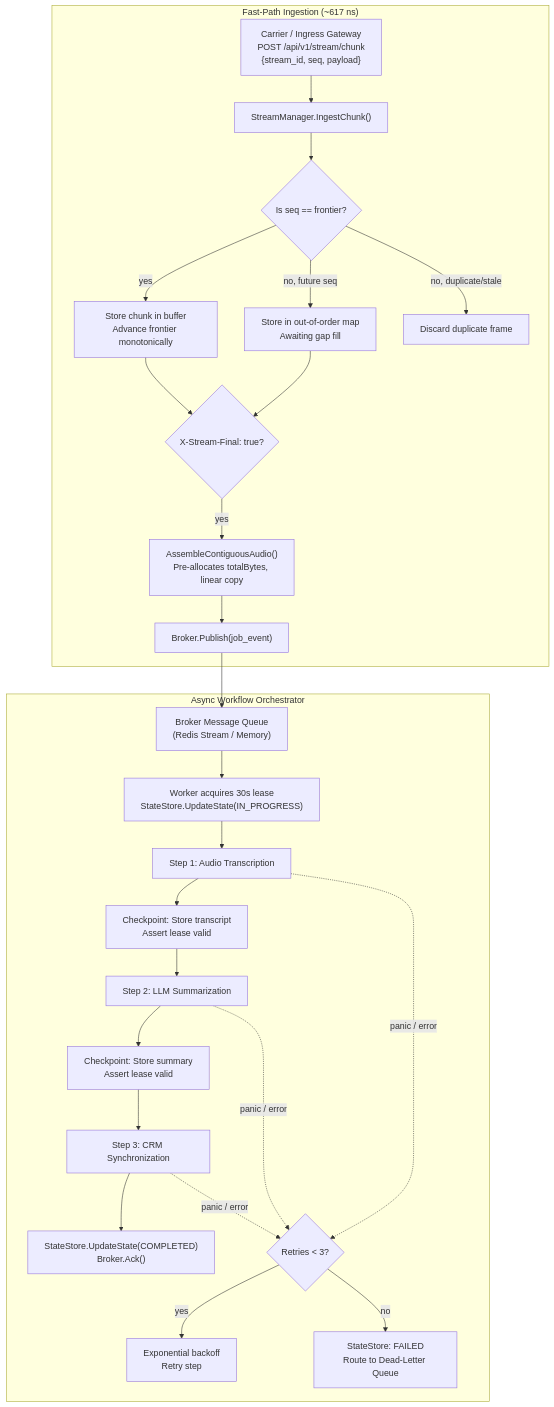
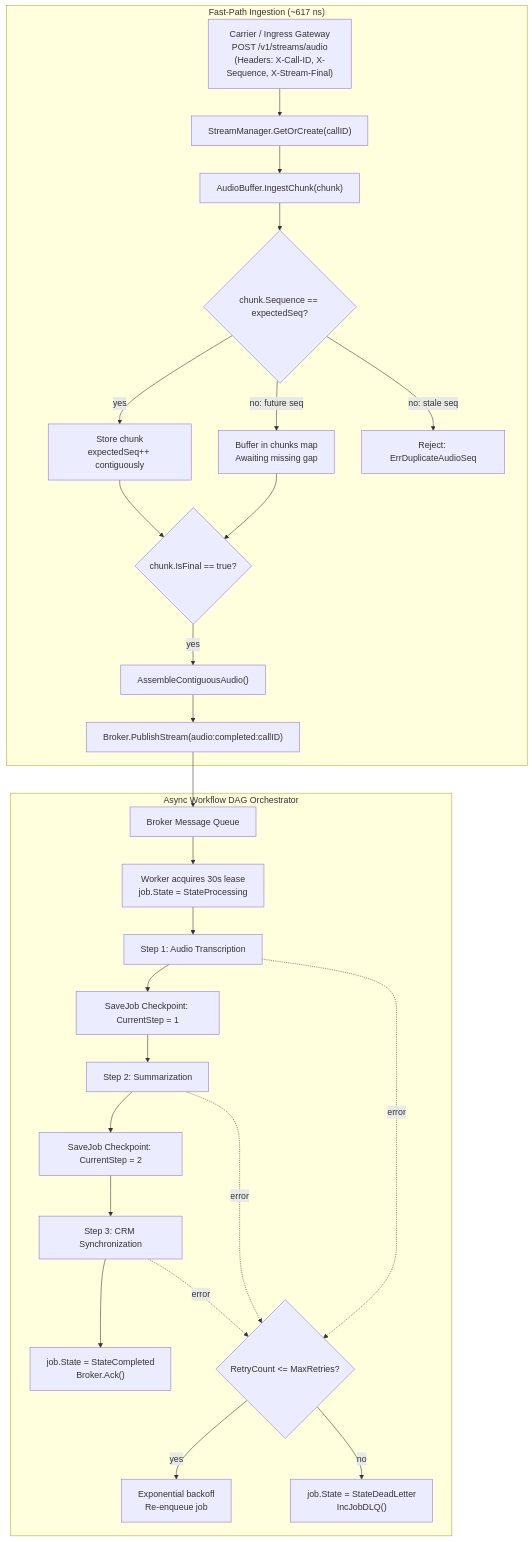
One commit to yoohooshantanu/calldag-orchestrator changed the second of 2 diagrams in README.md. Above: the diagram before and after it, drawn with Mermaid. The commit also changed other lines of this file, not shown here.

````diff
--- a/README.md
+++ b/README.md
@@ -92,31 +80,32 @@
 ```mermaid
 flowchart TD
     subgraph FastPath ["Fast-Path Ingestion (~617 ns)"]
-        A["Carrier / Ingress Gateway\nPOST /api/v1/stream/chunk\n{stream_id, seq, payload}"] --> B["StreamManager.IngestChunk()"]
-        B --> C{"Is seq == frontier?"}
-        C -->|yes| D["Store chunk in buffer\nAdvance frontier monotonically"]
-        C -->|no, future seq| E["Store in out-of-order map\nAwaiting gap fill"]
-        C -->|no, duplicate/stale| F["Discard duplicate frame"]
-        D --> G{"X-Stream-Final: true?"}
-        E --> G
-        G -->|yes| H["AssembleContiguousAudio()\nPre-allocates totalBytes, linear copy"]
-        H --> I["Broker.Publish(job_event)"]
+        A["Carrier / Ingress Gateway\nPOST /v1/streams/audio\n(Headers: X-Call-ID, X-Sequence, X-Stream-Final)"] --> B["StreamManager.GetOrCreate(callID)"]
+        B --> C["AudioBuffer.IngestChunk(chunk)"]
+        C --> D{"chunk.Sequence == expectedSeq?"}
+        D -->|yes| E["Store chunk\nexpectedSeq++ contiguously"]
+        D -->|no: future seq| F["Buffer in chunks map\nAwaiting missing gap"]
+        D -->|no: stale seq| G["Reject: ErrDuplicateAudioSeq"]
+        E --> H{"chunk.IsFinal == true?"}
+        F --> H
+        H -->|yes| I["AssembleContiguousAudio()"]
+        I --> J["Broker.PublishStream(audio:completed:callID)"]
     end
 
-    subgraph AsyncDAG ["Async Workflow Orchestrator"]
-        I --> J["Broker Message Queue\n(Redis Stream / Memory)"]
-        J --> K["Worker acquires 30s lease\nStateStore.UpdateState(IN_PROGRESS)"]
-        K --> L["Step 1: Audio Transcription"]
-        L --> M["Checkpoint: Store transcript\nAssert lease valid"]
-        M --> N["Step 2: LLM Summarization"]
-        N --> O["Checkpoint: Store summary\nAssert lease valid"]
-        O --> P["Step 3: CRM Synchronization"]
-        P --> Q["StateStore.UpdateState(COMPLETED)\nBroker.Ack()"]
+    subgraph AsyncDAG ["Async Workflow DAG Orchestrator"]
+        J --> K["Broker Message Queue"]
+        K --> L["Worker acquires 30s lease\njob.State = StateProcessing"]
+        L --> M["Step 1: Audio Transcription"]
+        M --> N["SaveJob Checkpoint: CurrentStep = 1"]
+        N --> O["Step 2: Summarization"]
+        O --> P["SaveJob Checkpoint: CurrentStep = 2"]
+        P --> Q["Step 3: CRM Synchronization"]
+        Q --> R["job.State = StateCompleted\nBroker.Ack()"]
 
-        L -.->|panic / error| R{"Retries < 3?"}
-        N -.->|panic / error| R
-        P -.->|panic / error| R
-        R -->|yes| S["Exponential backoff\nRetry step"]
-        R -->|no| T["StateStore: FAILED\nRoute to Dead-Letter Queue"]
+        M -.->|error| S{"RetryCount <= MaxRetries?"}
+        O -.->|error| S
+        Q -.->|error| S
+        S -->|yes| T["Exponential backoff\nRe-enqueue job"]
+        S -->|no| U["job.State = StateDeadLetter\nIncJobDLQ()"]
     end
 ```
````
